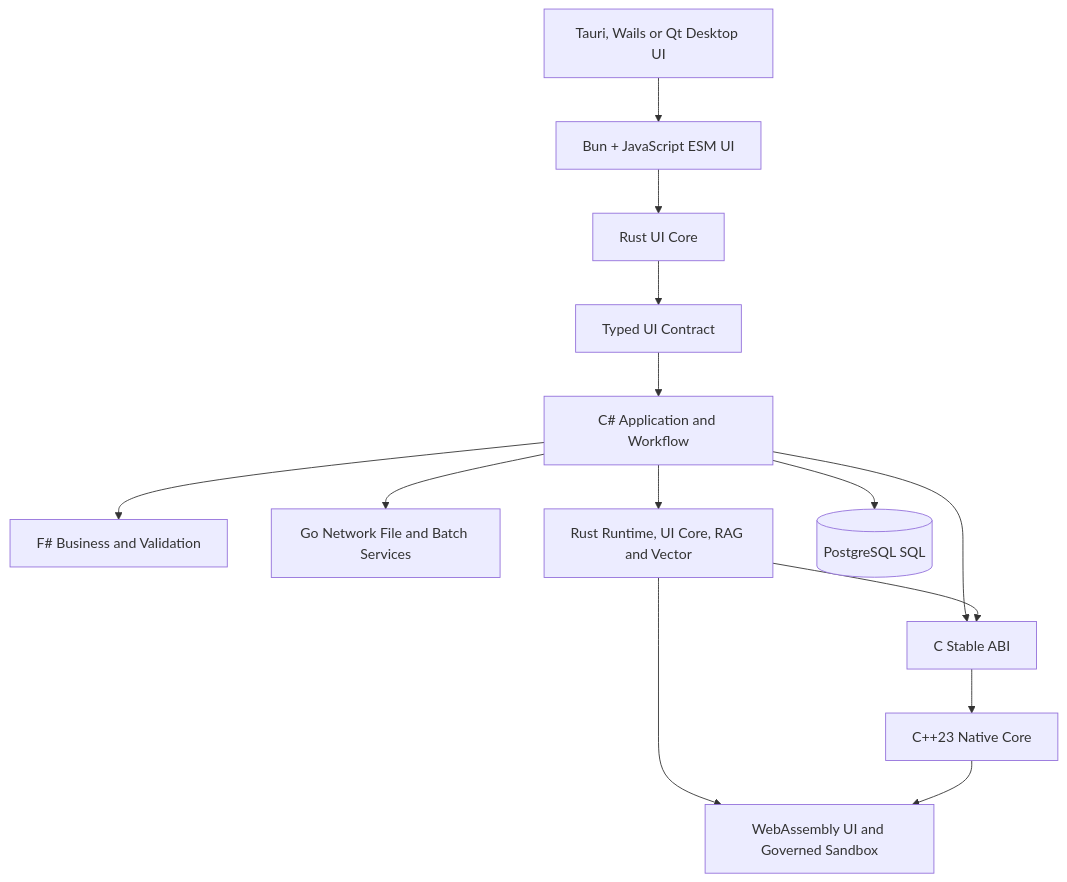
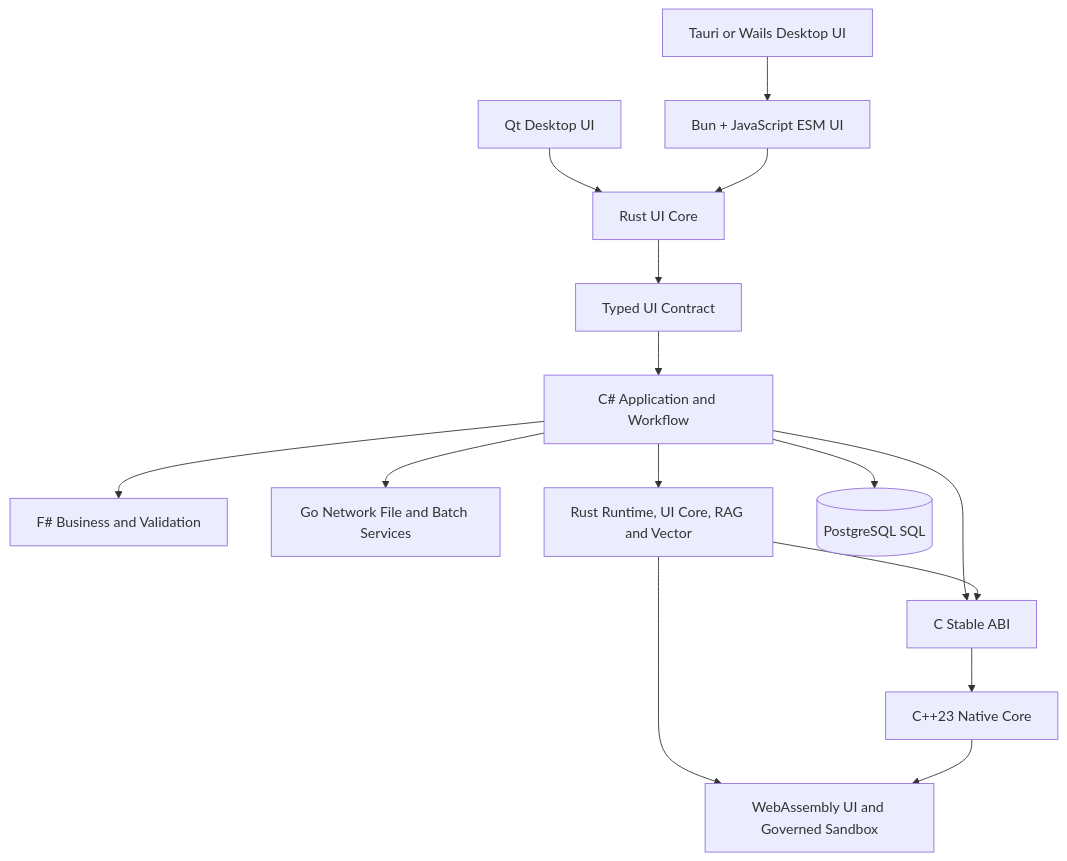
Before and after one commit to guilty442-source/GPTBridge: the first of 5 diagrams in governance_rule/codex/architecture-languages.md, drawn with Mermaid. The commit also changed 6 other files, not shown here.

````diff
--- a/governance_rule/codex/architecture-languages.md
+++ b/governance_rule/codex/architecture-languages.md
@@ -41,16 +41,17 @@
 ```mermaid
 flowchart TB
-  SHELL[Tauri, Wails or Qt Desktop UI] --> BUN[Bun + JavaScript ESM UI]
+  SHELL[Tauri or Wails Desktop UI] --> BUN[Bun + JavaScript ESM UI]
+  QT[Qt Desktop UI] --> RUSTUI
   BUN --> RUSTUI[Rust UI Core]
   RUSTUI --> API[Typed UI Contract]
   API --> CS[C# Application and Workflow]
   CS --> FS[F# Business and Validation]
   CS --> GO[Go Network File and Batch Services]
   CS --> RUST[Rust Runtime, UI Core, RAG and Vector]
   CS --> CABI[C Stable ABI]
   RUST --> CABI
   CABI --> CPP[C++23 Native Core]
   CS --> SQL[(PostgreSQL SQL)]
   RUST --> WASM[WebAssembly UI and Governed Sandbox]
   CPP --> WASM
 ```
````
